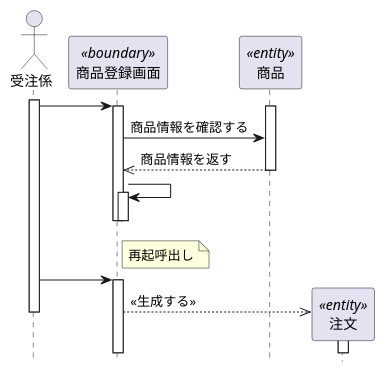
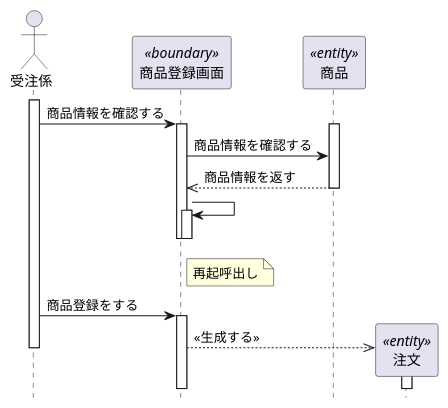
The diagram in 4章/演習4-4_SD_商品注文.pu (Sreia1129/uml-introduction), drawn with PlantUML before and after one commit. The commit also changed 2 other files, not shown here.

```diff
--- a/4章/演習4-4_SD_商品注文.pu
+++ b/4章/演習4-4_SD_商品注文.pu
@@ -1,33 +1,33 @@
 @startuml シーケンス図
     hide footbox
     Actor 受注係 as human
     participant "商品登録画面" as boundary <<boundary>>
     participant "商品" as entity1 <<entity>>
   
     activate human
-    human -> boundary
+    human -> boundary : 商品情報を確認する
 
         activate boundary
             activate entity1
 
         boundary -> entity1 : 商品情報を確認する
             boundary <<-- entity1 : 商品情報を返す
             deactivate entity1
             
         boundary -> boundary
         note right of boundary : 再起呼出し
         
         activate boundary
         deactivate boundary
         deactivate boundary
 
-    human -> boundary
+    human -> boundary : 商品登録をする
 
     activate boundary
     create "注文" as entity <<entity>>
     boundary -->> entity : <<生成する>>
     deactivate human
 
         activate entity
         deactivate entity
 @enduml
```
